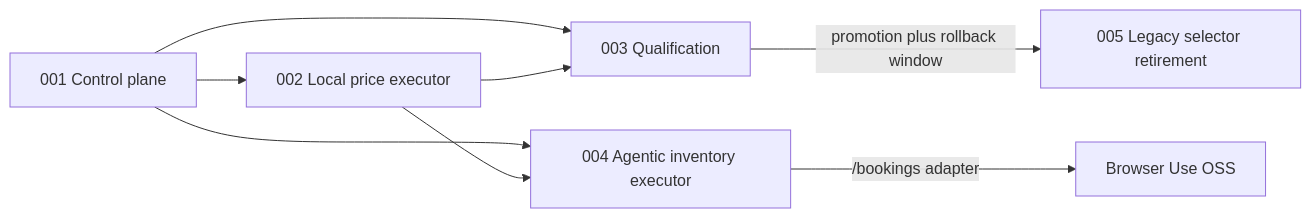
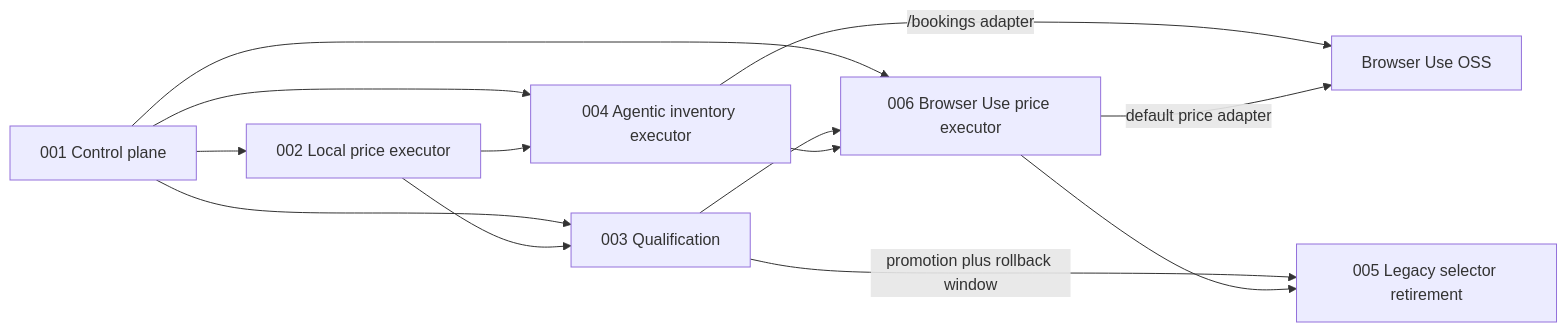
One commit to romkagribok/booksaver-agent changed the diagram in memory-bank/intents/023-replaceable-agentic-browser-executor/units.md. Above: the diagram before and after it, drawn with Mermaid. The commit also changed other lines of this file and 47 other files, not shown here.

Commit message:
feat(browser): default agentic prices to Browser Use

````diff
--- a/memory-bank/intents/023-replaceable-agentic-browser-executor/units.md
+++ b/memory-bank/intents/023-replaceable-agentic-browser-executor/units.md
@@ -64,10 +75,15 @@
 ```mermaid
 flowchart LR
     u1["001 Control plane"] --> u2["002 Local price executor"]
     u1 --> u3["003 Qualification"]
     u2 --> u3
     u1 --> u4["004 Agentic inventory executor"]
     u2 --> u4
     u4 -->|"/bookings adapter"| u4b["Browser Use OSS"]
+    u1 --> u6["006 Browser Use price executor"]
+    u3 --> u6
+    u4 --> u6
+    u6 -->|"default price adapter"| u4b
     u3 -->|"promotion plus rollback window"| u5["005 Legacy selector retirement"]
+    u6 --> u5
 ```
````
